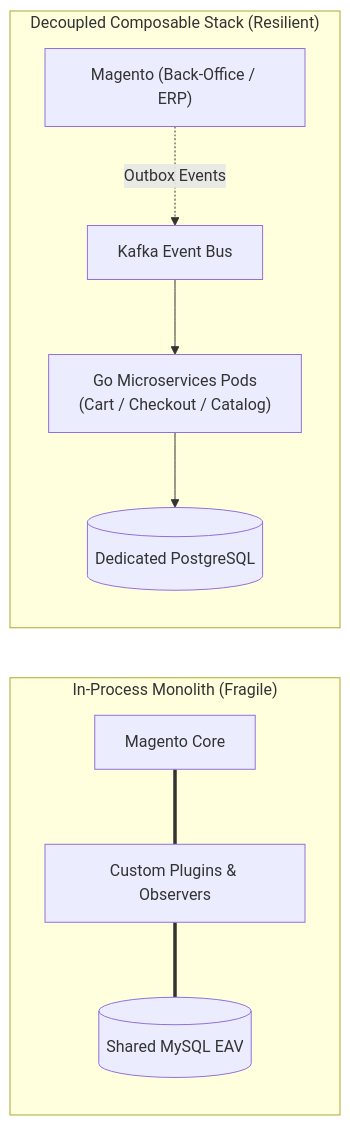
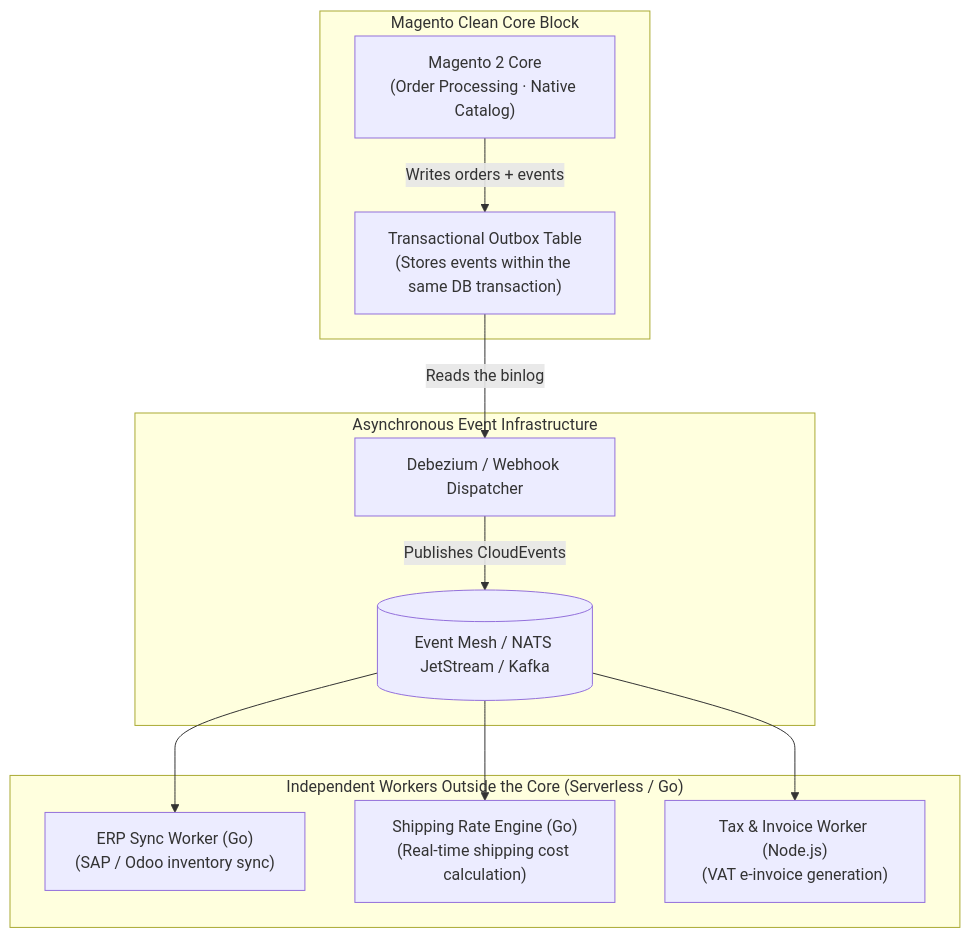
One commit to vesviet/vesviet changed the third of 3 diagrams in content/series/magento-migration-vietnam/magento-still-worth-investing-2026.md. Above: the diagram before and after it, drawn with Mermaid. The commit also changed other lines of this file and 32 other files, not shown here.

First line of the commit message:
feat(series): full EN upgrades for routing-geospatial, composable-commerce, magento-migration + hero widget deep links

````diff
--- a/content/series/magento-migration-vietnam/magento-still-worth-investing-2026.md
+++ b/content/series/magento-migration-vietnam/magento-still-worth-investing-2026.md
@@ -76,13 +111,23 @@
 ```mermaid
-graph LR
-    subgraph Arch_InProcess ["In-Process Monolith (Fragile)"]
-        Core["Magento Core"] === Plugins["Custom Plugins & Observers"]
-        Plugins === DB[("Shared MySQL EAV")]
+graph TD
+    subgraph "Magento Clean Core Block"
+        M_CORE["Magento 2 Core\n(Order Processing · Native Catalog)"]
+        OUTBOX["Transactional Outbox Table\n(Stores events within the same DB transaction)"]
     end
 
-    subgraph Arch_Microservices ["Decoupled Composable Stack (Resilient)"]
-        MageBackend["Magento (Back-Office / ERP)"] -. Outbox Events .-> Kafka["Kafka Event Bus"]
-        Kafka --> GoServices["Go Microservices Pods<br/>(Cart / Checkout / Catalog)"]
-        GoServices --> AppDB[("Dedicated PostgreSQL")]
+    subgraph "Asynchronous Event Infrastructure"
+        CDC["Debezium / Webhook Dispatcher"]
+        BUS[("Event Mesh / NATS JetStream / Kafka")]
     end
+
+    subgraph "Independent Workers Outside the Core (Serverless / Go)"
+        W1["ERP Sync Worker (Go)\n(SAP / Odoo inventory sync)"]
+        W2["Shipping Rate Engine (Go)\n(Real-time shipping cost calculation)"]
+        W3["Tax & Invoice Worker (Node.js)\n(VAT e-invoice generation)"]
+    end
+
+    M_CORE -->|Writes orders + events| OUTBOX
+    OUTBOX -->|Reads the binlog| CDC
+    CDC -->|Publishes CloudEvents| BUS
+    BUS --> W1 & W2 & W3
 ```
````
